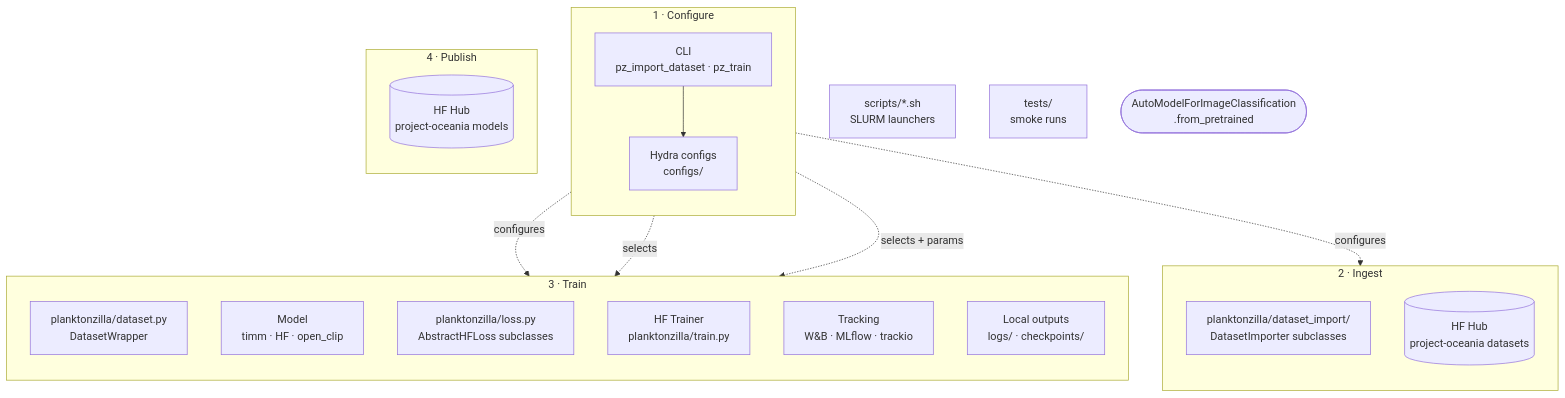
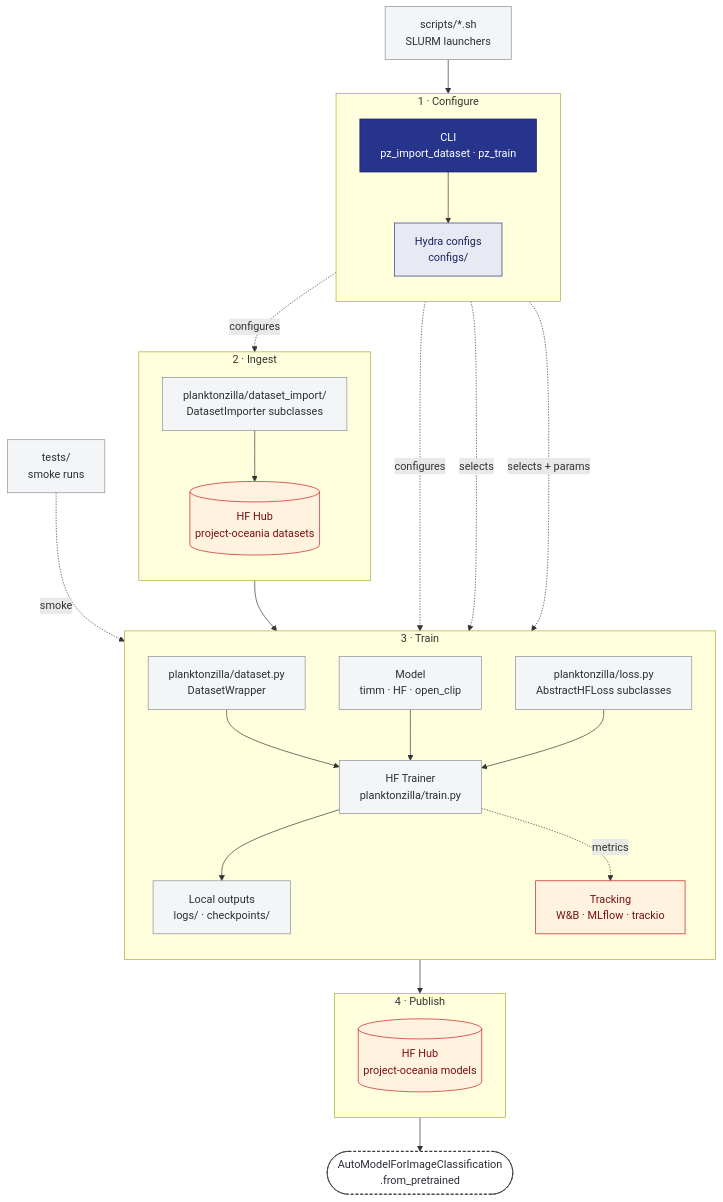
The diagram in README.md (Inria-Chile/planktonzilla), drawn with Mermaid before and after one commit. The commit also changed other lines of this file and 1 other file, not shown here.

````diff
--- a/README.md
+++ b/README.md
@@ -236,39 +271,56 @@
 ```mermaid
 flowchart TB
   subgraph Configure["1 · Configure"]
     direction TB
     CLI["CLI<br/>pz_import_dataset · pz_train"]:::entry
     CFG["Hydra configs<br/>configs/"]:::cfg
   end
 
   subgraph Ingest["2 · Ingest"]
     direction TB
     DATA_IMPORT["planktonzilla/dataset_import/<br/>DatasetImporter subclasses"]:::code
     HF_DATA[("HF Hub<br/>project-oceania datasets")]:::ext
   end
 
   subgraph Train["3 · Train"]
     direction TB
     DATA["planktonzilla/dataset.py<br/>DatasetWrapper"]:::code
     MODEL["Model<br/>timm · HF · open_clip"]:::code
     LOSS["planktonzilla/loss.py<br/>AbstractHFLoss subclasses"]:::code
     TRAIN_LOOP["HF Trainer<br/>planktonzilla/train.py"]:::code
     TRACK["Tracking<br/>W&B · MLflow · trackio"]:::ext
     OUTPUTS["Local outputs<br/>logs/ · checkpoints/"]:::code
   end
 
   subgraph Publish["4 · Publish"]
     direction TB
     HF_MODEL[("HF Hub<br/>project-oceania models")]:::ext
   end
 
   SCRIPTS["scripts/*.sh<br/>SLURM launchers"]:::code
   TESTS["tests/<br/>smoke runs"]:::code
   CONSUMER(["AutoModelForImageClassification<br/>.from_pretrained"]):::consumer
 
+  SCRIPTS --> CLI
   CLI --> CFG
   CFG -.->|configures| DATA_IMPORT
   CFG -.->|configures| TRAIN_LOOP
   CFG -.->|selects| MODEL
   CFG -.->|selects + params| LOSS
+  DATA_IMPORT --> HF_DATA
+  HF_DATA --> DATA
+  DATA --> TRAIN_LOOP
+  MODEL --> TRAIN_LOOP
+  LOSS --> TRAIN_LOOP
+  TRAIN_LOOP --> OUTPUTS
+  TRAIN_LOOP -.->|metrics| TRACK
+  TRAIN_LOOP --> HF_MODEL
+  HF_MODEL --> CONSUMER
+  TESTS -.->|smoke| TRAIN_LOOP
+
+  classDef entry fill:#27348b,stroke:#1b2461,color:#fff
+  classDef cfg fill:#e8eaf3,stroke:#27348b,color:#1b2461
+  classDef code fill:#f4f5f7,stroke:#8a8f98,color:#2b2f36
+  classDef ext fill:#fff3e0,stroke:#c9191e,color:#7a1013
+  classDef consumer fill:#ffffff,stroke:#2b2f36,color:#2b2f36,stroke-dasharray:4 3
 ```
````
